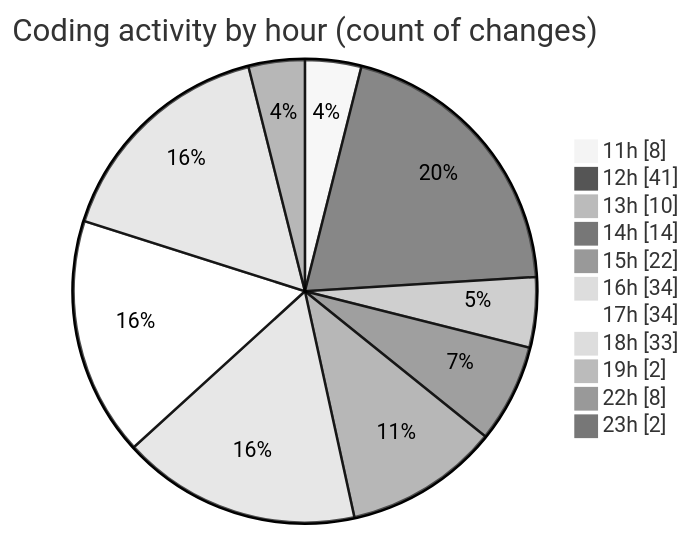
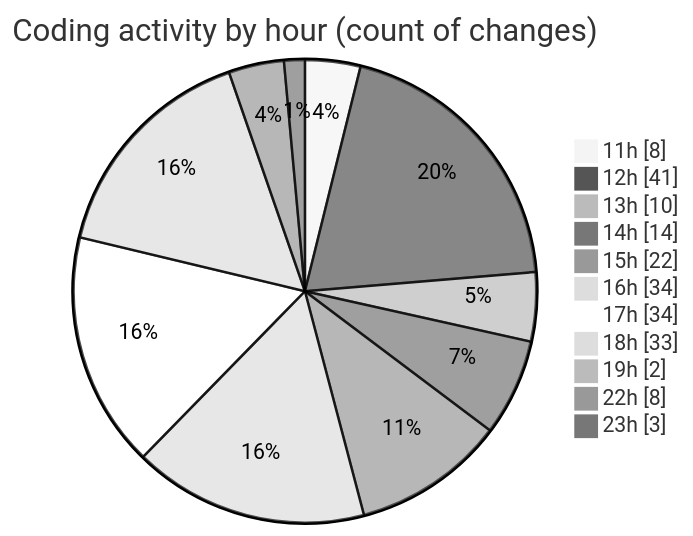
One commit to BS-eng2023/code-tracking changed the second of 2 diagrams in 2025-05-04/project/README.md. Above: the diagram before and after it, drawn with Mermaid (neutral theme). The commit also changed other lines of this file and 1 other file, not shown here.

````diff
--- a/2025-05-04/project/README.md
+++ b/2025-05-04/project/README.md
@@ -54,15 +54,15 @@
 ```mermaid
 pie showData
 title Coding activity by hour (count of changes)
 "11h" : 8
 "12h" : 41
 "13h" : 10
 "14h" : 14
 "15h" : 22
 "16h" : 34
 "17h" : 34
 "18h" : 33
 "19h" : 2
 "22h" : 8
-"23h" : 2
+"23h" : 3
 ```
````
